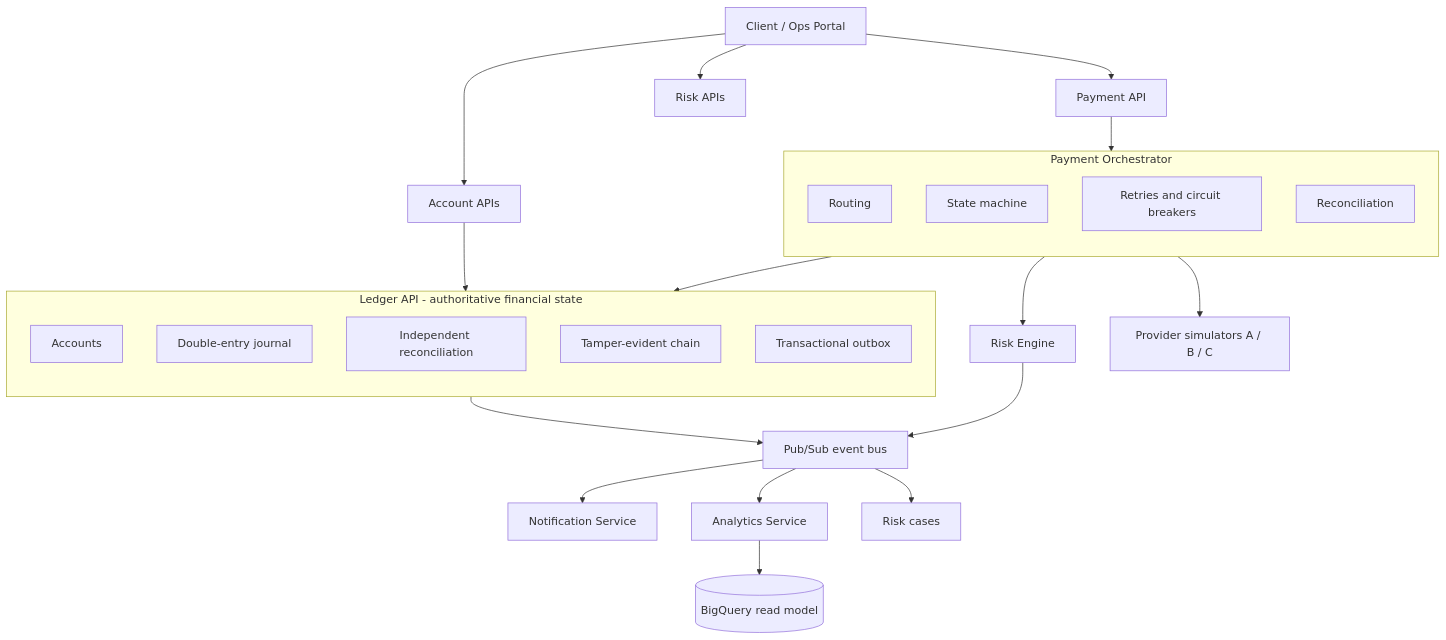
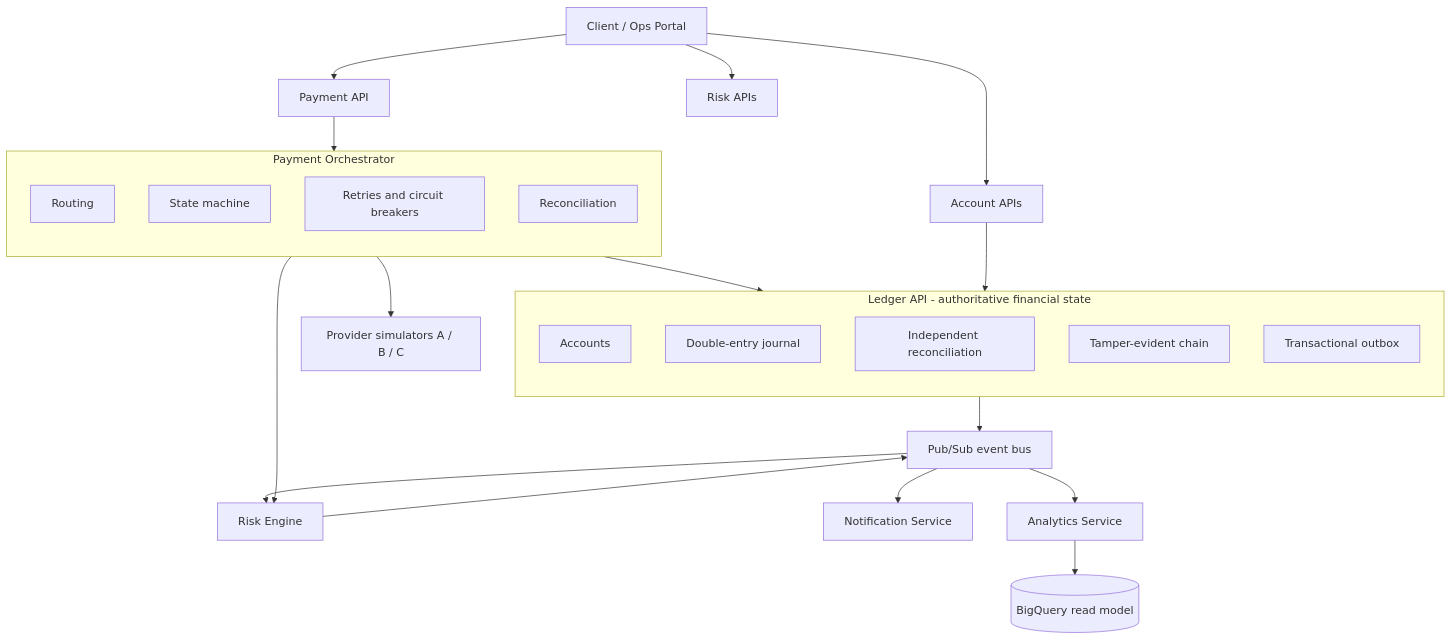
The diagram in README.md (abdullahabduljabbarab/abs-financial-systems), drawn with Mermaid before and after one commit. The commit also changed other lines of this file and 3 other files, not shown here.

````diff
--- a/README.md
+++ b/README.md
@@ -15,40 +15,40 @@
 ```mermaid
 flowchart TD
     P[Client / Ops Portal] --> ACC[Account APIs]
     P --> PAY[Payment API]
     P --> RSK[Risk APIs]
 
     PAY --> ORCH
 
     subgraph ORCH [Payment Orchestrator]
       direction TB
       O1[Routing]
       O2[State machine]
       O3[Retries and circuit breakers]
       O4[Reconciliation]
     end
 
     ORCH --> RE[Risk Engine]
     ORCH --> PROV[Provider simulators A / B / C]
 
     ORCH --> LED
     ACC --> LED
 
     subgraph LED [Ledger API - authoritative financial state]
       direction TB
       L1[Accounts]
       L2[Double-entry journal]
       L3[Independent reconciliation]
       L4[Tamper-evident chain]
       L5[Transactional outbox]
     end
 
     LED --> BUS[Pub/Sub event bus]
     RE --> BUS
 
     BUS --> NOT[Notification Service]
     BUS --> AN[Analytics Service]
-    BUS --> RCASE[Risk cases]
+    BUS --> RE
 
     AN --> BQ[(BigQuery read model)]
 ```
````
